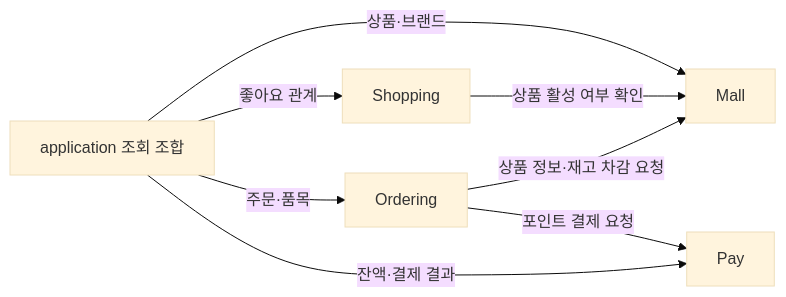
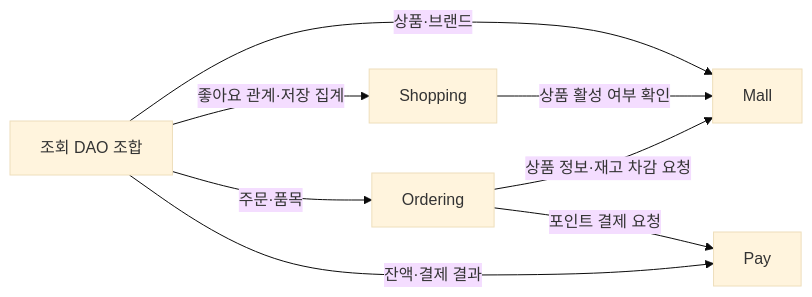
The diagram in docs/week2/03-domain-space.md (corinB/loop-pack-be-l2-vol5-java), drawn with Mermaid (base theme) before and after one commit. The commit also changed other lines of this file and 12 other files, not shown here.

````diff
--- a/docs/week2/03-domain-space.md
+++ b/docs/week2/03-domain-space.md
@@ -25,10 +25,10 @@
 ```mermaid
 flowchart LR
     S[Shopping] -->|상품 활성 여부 확인| M[Mall]
     O[Ordering] -->|상품 정보·재고 차감 요청| M
     O -->|포인트 결제 요청| P[Pay]
-    Q[application 조회 조합] -->|상품·브랜드| M
-    Q -->|좋아요 관계| S
+    Q[조회 DAO 조합] -->|상품·브랜드| M
+    Q -->|좋아요 관계·저장 집계| S
     Q -->|주문·품목| O
     Q -->|잔액·결제 결과| P
 ```
````
